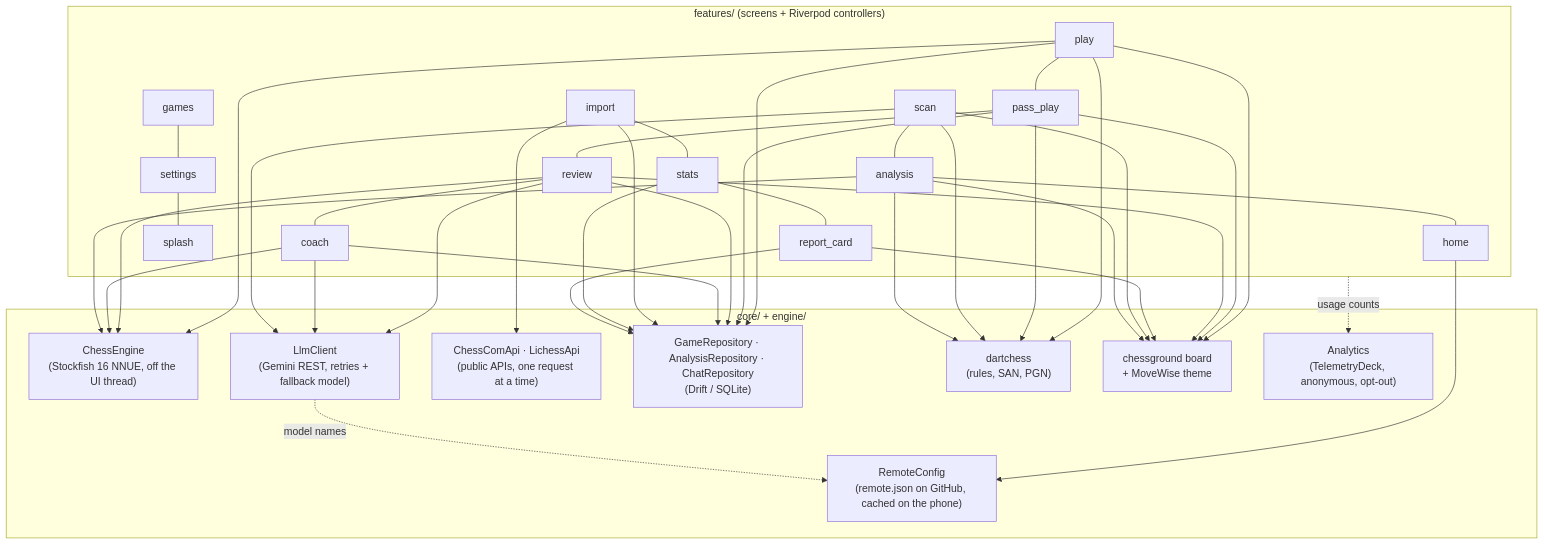
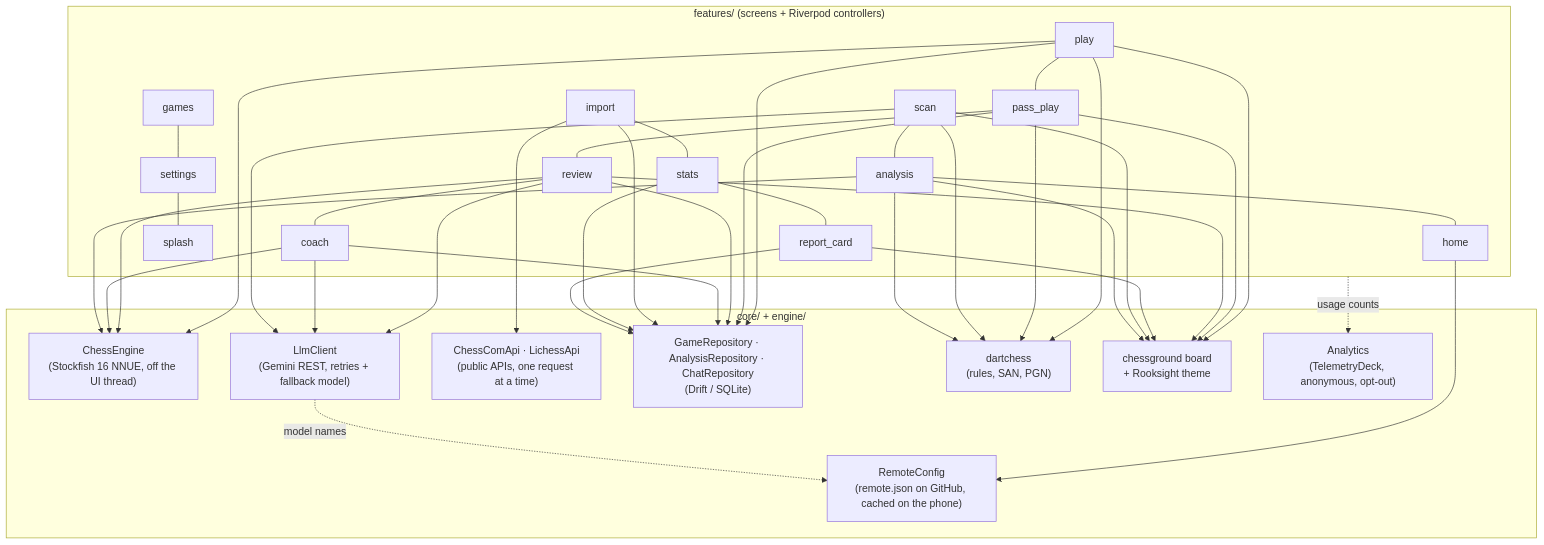
Before and after one commit to amitgp853/rooksight: the first of 2 diagrams in README.md, drawn with Mermaid. The commit also changed other lines of this file and 146 other files, not shown here.

````diff
--- a/README.md
+++ b/README.md
@@ -38,33 +38,33 @@
 ```mermaid
 flowchart TB
   subgraph UI["features/ (screens + Riverpod controllers)"]
     play[play] --- pass[pass_play] --- review[review] --- coach[coach]
     import[import] --- stats[stats] --- report[report_card]
     games[games] --- settings[settings] --- splash[splash]
     scan[scan] --- analysis[analysis] --- home[home]
   end
 
   subgraph core["core/ + engine/"]
     engine["ChessEngine<br/>(Stockfish 16 NNUE, off the UI thread)"]
     llm["LlmClient<br/>(Gemini REST, retries + fallback model)"]
     chesscom["ChessComApi · LichessApi<br/>(public APIs, one request at a time)"]
     repo["GameRepository · AnalysisRepository · ChatRepository<br/>(Drift / SQLite)"]
     rules["dartchess<br/>(rules, SAN, PGN)"]
-    board["chessground board<br/>+ MoveWise theme"]
+    board["chessground board<br/>+ Rooksight theme"]
     remote["RemoteConfig<br/>(remote.json on GitHub, cached on the phone)"]
     analytics["Analytics<br/>(TelemetryDeck, anonymous, opt-out)"]
   end
 
   play --> engine & rules & board & repo
   pass --> rules & board & repo
   review --> engine & llm & repo & board
   coach --> llm & engine & repo
   import --> chesscom & repo
   stats --> repo
   report --> repo & board
   scan --> llm & rules & board
   analysis --> engine & rules & board
   home --> remote
   llm -. model names .-> remote
   UI -. usage counts .-> analytics
 ```
````
